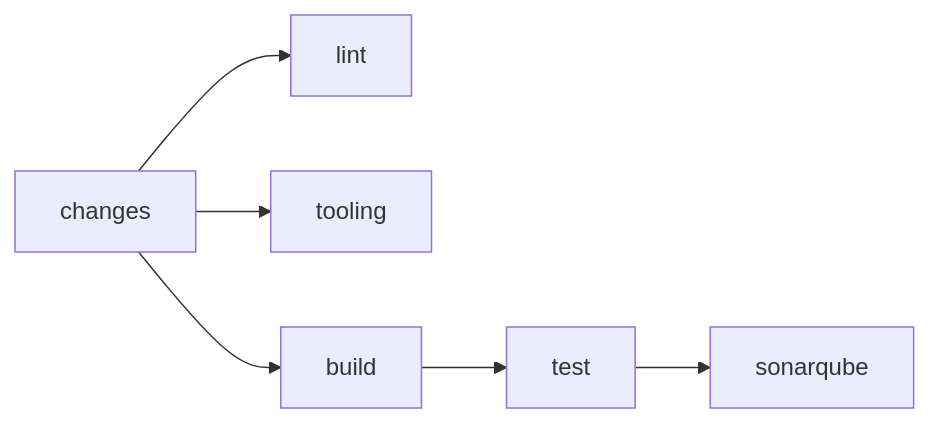
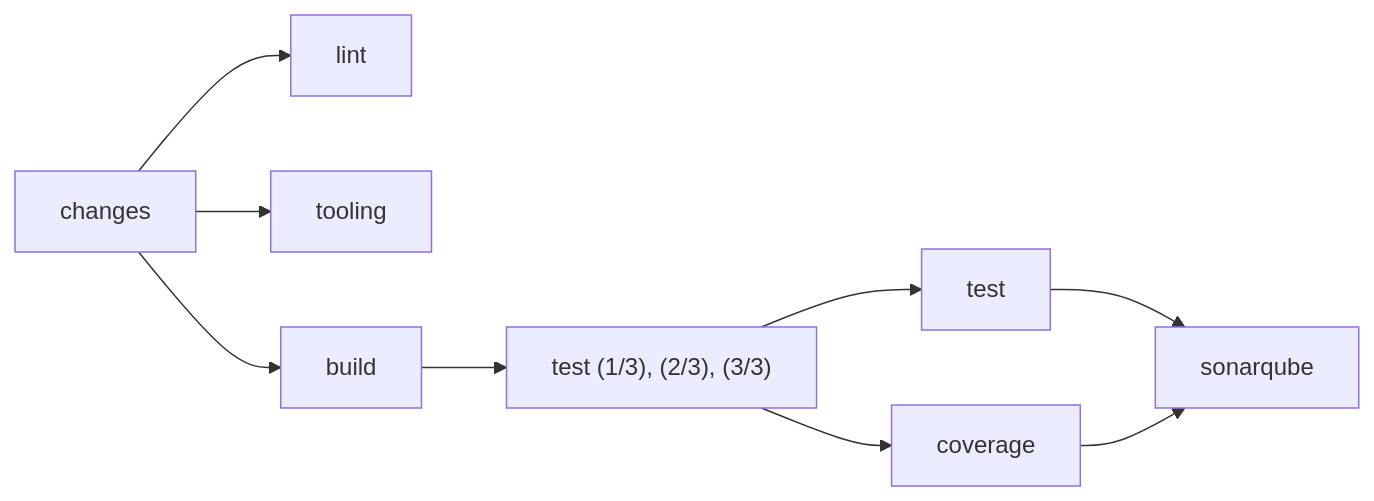
One commit to SoltuneMontepre/medilab changed the diagram in docs/infrastructure/pipelines.md. Above: the diagram before and after it, drawn with Mermaid. The commit also changed other lines of this file and 8 other files, not shown here.

Commit message:
[perf] Run the Odoo module tests on three runners and combine their coverage

````diff
--- a/docs/infrastructure/pipelines.md
+++ b/docs/infrastructure/pipelines.md
@@ -20,6 +20,8 @@
 ```mermaid
 flowchart LR
     changes --> lint
     changes --> tooling
-    changes --> build --> test --> sonarqube
+    changes --> build --> runners["test (1/3), (2/3), (3/3)"]
+    runners --> test --> sonarqube
+    runners --> coverage --> sonarqube
 ```
````
